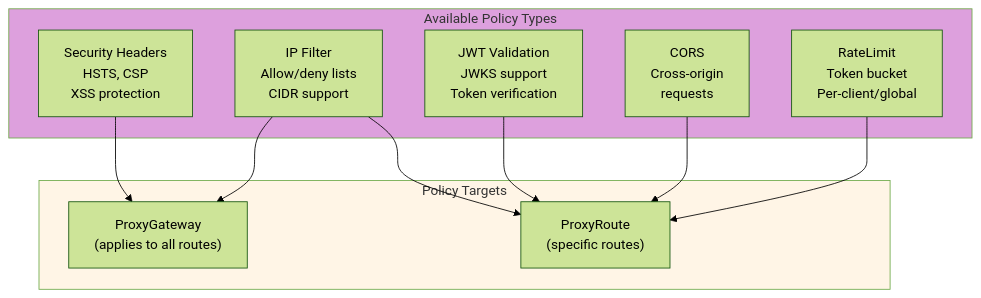
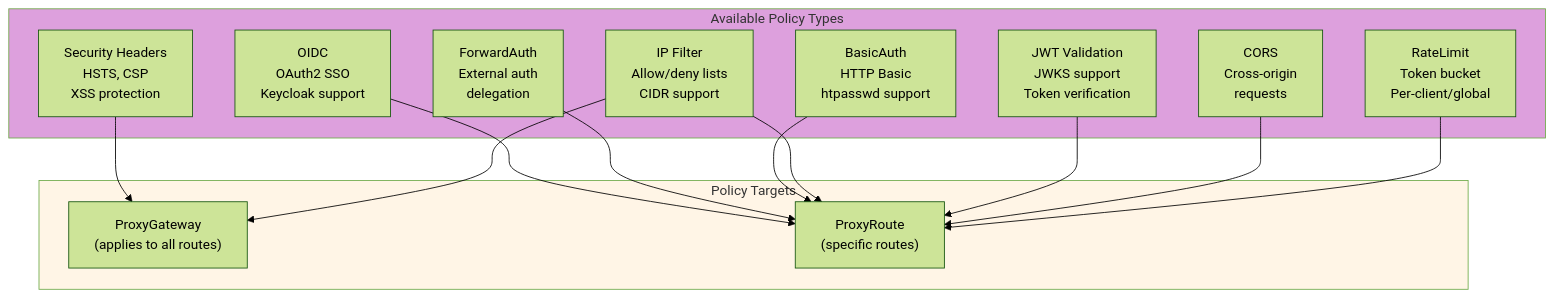
Before and after one commit to azrtydxb/novaedge: the fifth of 5 diagrams in docs/reference/crd-reference.md, drawn with Mermaid (forest theme). The commit also changed other lines of this file and 31 other files, not shown here.

First line of the commit message:
[Feature] Authentication stack: basic auth, forward auth, OAuth2/OIDC, Keycloak (#123)

````diff
--- a/docs/reference/crd-reference.md
+++ b/docs/reference/crd-reference.md
@@ -1032,25 +1032,31 @@
 ```mermaid
 flowchart TB
     subgraph PolicyTypes["Available Policy Types"]
         RL["RateLimit<br/>Token bucket<br/>Per-client/global"]
         CORS["CORS<br/>Cross-origin<br/>requests"]
         JWT["JWT Validation<br/>JWKS support<br/>Token verification"]
         IP["IP Filter<br/>Allow/deny lists<br/>CIDR support"]
         SEC["Security Headers<br/>HSTS, CSP<br/>XSS protection"]
+        BA["BasicAuth<br/>HTTP Basic<br/>htpasswd support"]
+        FA["ForwardAuth<br/>External auth<br/>delegation"]
+        OIDC["OIDC<br/>OAuth2 SSO<br/>Keycloak support"]
     end
 
     subgraph Targets["Policy Targets"]
         GW["ProxyGateway<br/>(applies to all routes)"]
         RT["ProxyRoute<br/>(specific routes)"]
     end
 
     RL --> RT
     CORS --> RT
     JWT --> RT
     IP --> GW
     IP --> RT
     SEC --> GW
+    BA --> RT
+    FA --> RT
+    OIDC --> RT
 
     style PolicyTypes fill:#DDA0DD
     style Targets fill:#fff5e6
 ```
````
